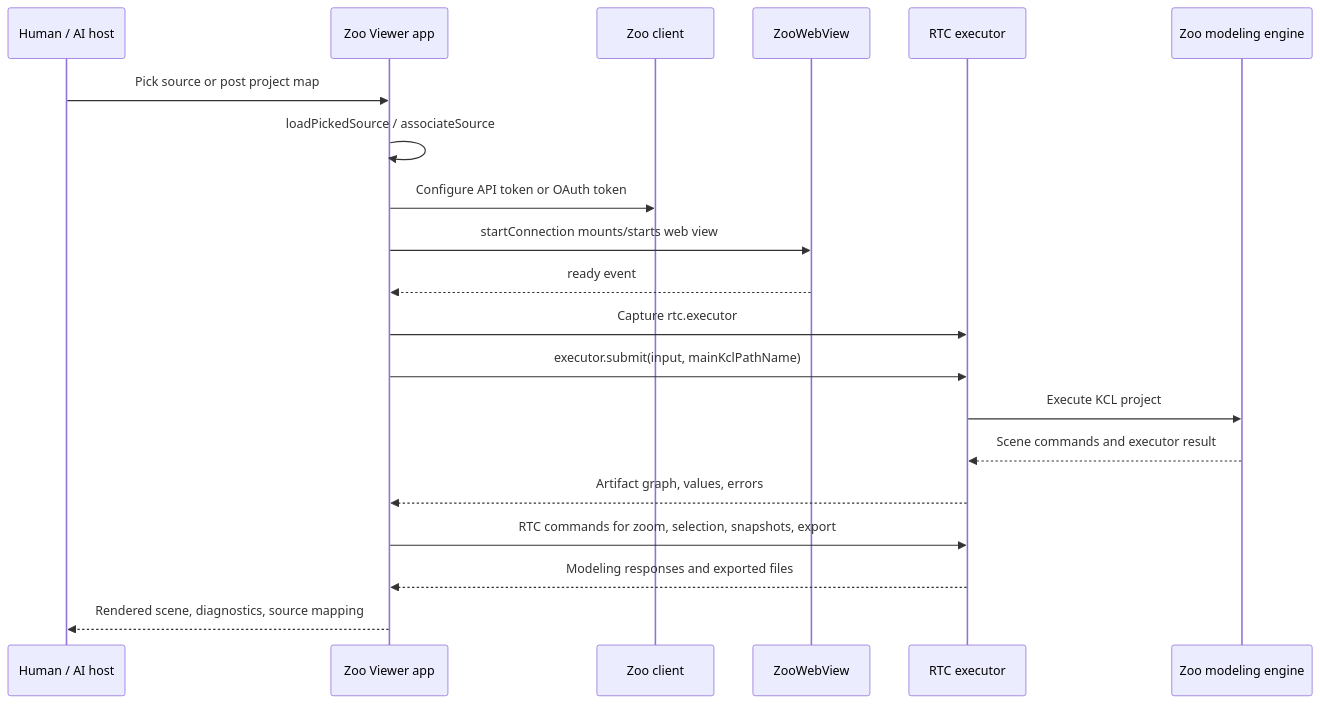
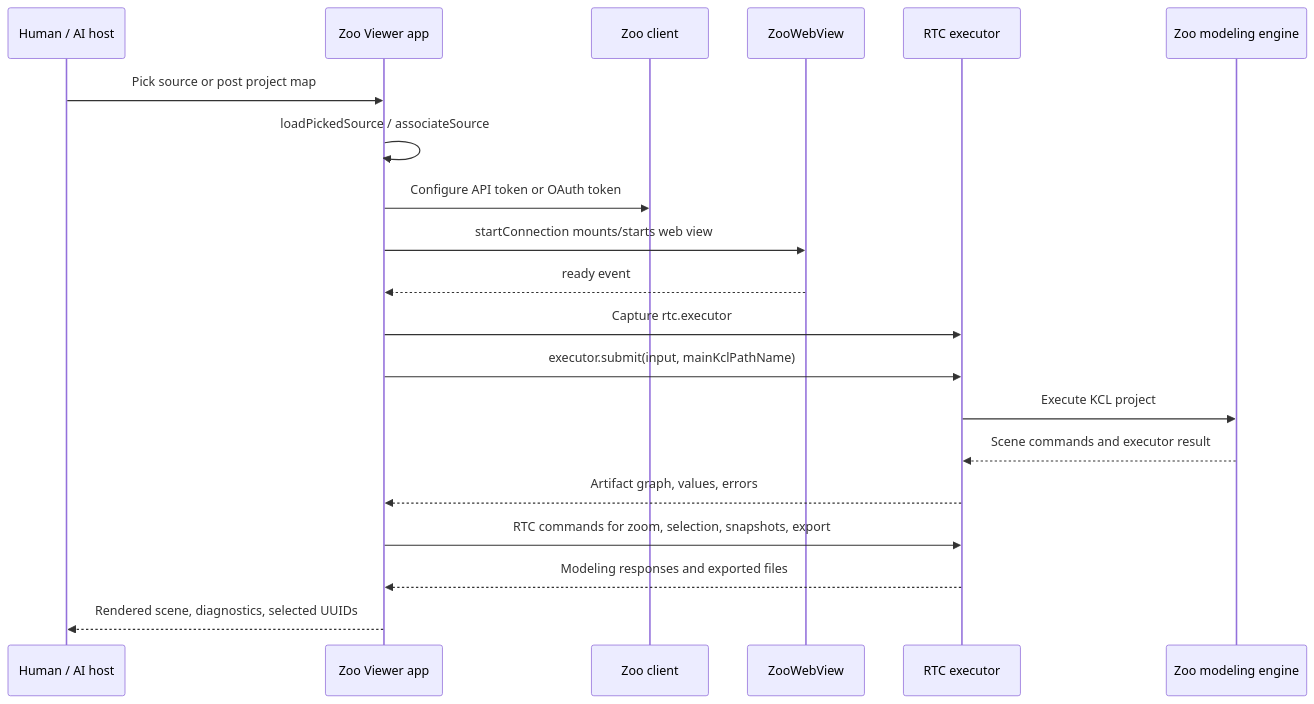
One commit to KittyCAD/viewer changed the first of 2 diagrams in README.md. Above: the diagram before and after it, drawn with Mermaid. The commit also changed other lines of this file and 5 other files, not shown here.

````diff
--- a/README.md
+++ b/README.md
@@ -241,23 +242,23 @@
 ```mermaid
 sequenceDiagram
   participant Human as Human / AI host
   participant App as Zoo Viewer app
   participant Client as Zoo client
   participant View as ZooWebView
   participant Exec as RTC executor
   participant Engine as Zoo modeling engine
 
   Human->>App: Pick source or post project map
   App->>App: loadPickedSource / associateSource
   App->>Client: Configure API token or OAuth token
   App->>View: startConnection mounts/starts web view
   View-->>App: ready event
   App->>Exec: Capture rtc.executor
   App->>Exec: executor.submit(input, mainKclPathName)
   Exec->>Engine: Execute KCL project
   Engine-->>Exec: Scene commands and executor result
   Exec-->>App: Artifact graph, values, errors
   App->>Exec: RTC commands for zoom, selection, snapshots, export
   Exec-->>App: Modeling responses and exported files
-  App-->>Human: Rendered scene, diagnostics, source mapping
+  App-->>Human: Rendered scene, diagnostics, selected UUIDs
 ```
````
